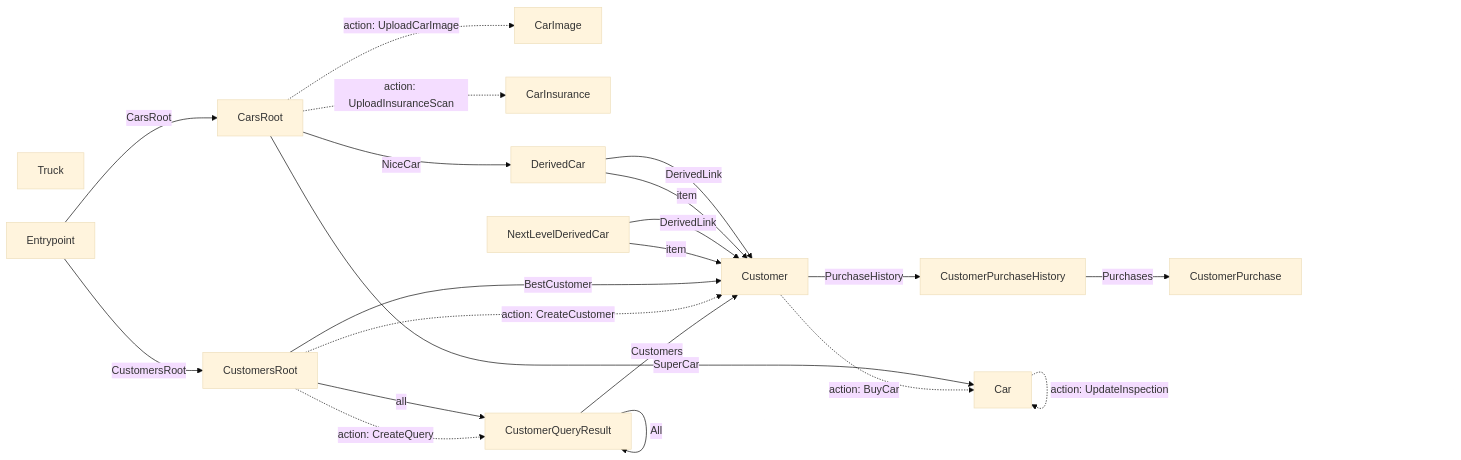
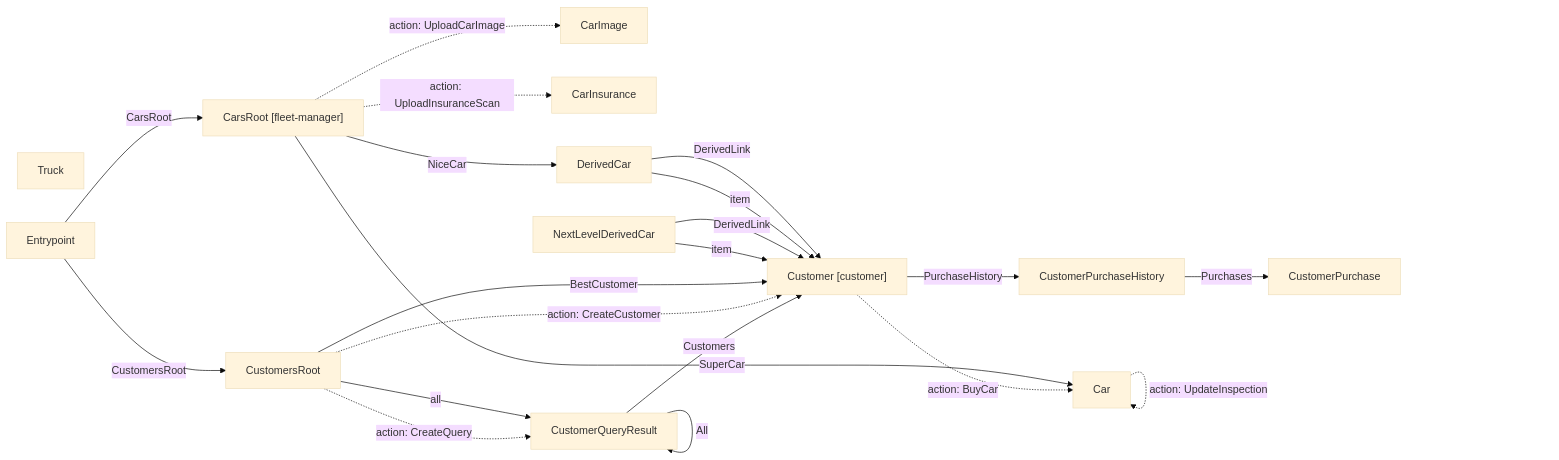
One commit to RESTyard/RESTyard changed the diagram in Source/CarShack/schema-output/api-documentation.md. Above: the diagram before and after it, drawn with Mermaid (base theme). The commit also changed other lines of this file and 19 other files, not shown here.

````diff
--- a/Source/CarShack/schema-output/api-documentation.md
+++ b/Source/CarShack/schema-output/api-documentation.md
@@ -35,40 +37,40 @@
 ```mermaid
 graph LR
     Truck["Truck"]
     Entrypoint["Entrypoint"]
-    CarsRoot["CarsRoot"]
+    CarsRoot["CarsRoot [fleet-manager]"]
     Car["Car"]
     CarImage["CarImage"]
     CarInsurance["CarInsurance"]
     DerivedCar["DerivedCar"]
     NextLevelDerivedCar["NextLevelDerivedCar"]
     CustomersRoot["CustomersRoot"]
     CustomerPurchase["CustomerPurchase"]
     CustomerPurchaseHistory["CustomerPurchaseHistory"]
-    Customer["Customer"]
+    Customer["Customer [customer]"]
     CustomerQueryResult["CustomerQueryResult"]
 
     Entrypoint -- "CustomersRoot" --> CustomersRoot
     Entrypoint -- "CarsRoot" --> CarsRoot
     CarsRoot -- "NiceCar" --> DerivedCar
     CarsRoot -- "SuperCar" --> Car
     CarsRoot -. "action: UploadCarImage" .-> CarImage
     CarsRoot -. "action: UploadInsuranceScan" .-> CarInsurance
     Car -. "action: UpdateInspection" .-> Car
     DerivedCar -- "DerivedLink" --> Customer
     DerivedCar -- "item" --> Customer
     NextLevelDerivedCar -- "DerivedLink" --> Customer
     NextLevelDerivedCar -- "item" --> Customer
     CustomersRoot -- "all" --> CustomerQueryResult
     CustomersRoot -- "BestCustomer" --> Customer
     CustomersRoot -. "action: CreateCustomer" .-> Customer
     CustomersRoot -. "action: CreateQuery" .-> CustomerQueryResult
     CustomerPurchaseHistory -- "Purchases" --> CustomerPurchase
     Customer -- "PurchaseHistory" --> CustomerPurchaseHistory
     Customer -. "action: BuyCar" .-> Car
     CustomerQueryResult -- "Next" --> CustomerQueryResult
     CustomerQueryResult -- "Previous" --> CustomerQueryResult
     CustomerQueryResult -- "Last" --> CustomerQueryResult
     CustomerQueryResult -- "All" --> CustomerQueryResult
     CustomerQueryResult -- "Customers" --> Customer
 ```
````
